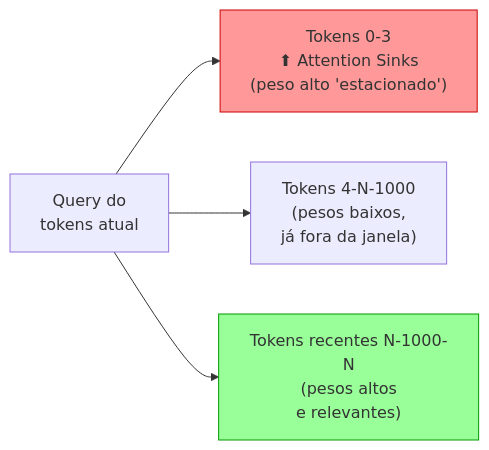
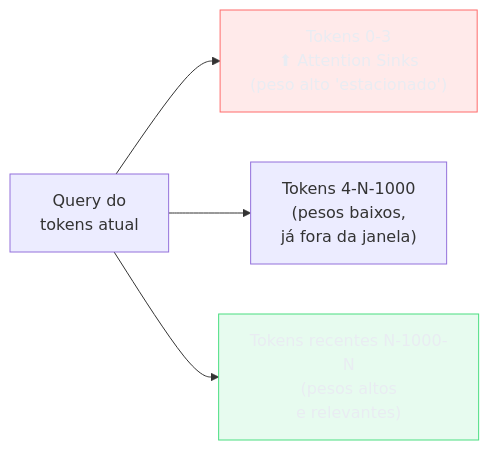
Before and after one commit to josenaldo/codex-technomanticus: the first of 5 diagrams in 03-Dominios/Tecnologia/IA/Anatomia dos LLMs/04c - Atenção eficiente — FlashAttention, sparse e híbrida.md, drawn with Mermaid. The commit also changed other lines of this file and 1181 other files, not shown here.

First line of the commit message:
fix(diagramas): paleta do sistema no lugar de cor cravada no markdown

````diff
--- a/03-Dominios/Tecnologia/IA/Anatomia dos LLMs/04c - Atenção eficiente — FlashAttention, sparse e híbrida.md
+++ b/03-Dominios/Tecnologia/IA/Anatomia dos LLMs/04c - Atenção eficiente — FlashAttention, sparse e híbrida.md
@@ -53,8 +53,10 @@
 ```mermaid
 graph LR
+    classDef falha fill:#FF6B6B24,stroke:#FF6B6B,color:#E9ECF2
+    classDef ok fill:#4ADE8021,stroke:#4ADE80,color:#E9ECF2
     Q["Query do\ntokens atual"] --> T0["Tokens 0-3\n⬆ Attention Sinks\n(peso alto 'estacionado')"]
     Q --> TM["Tokens 4-N-1000\n(pesos baixos,\njá fora da janela)"]
     Q --> TR["Tokens recentes N-1000-N\n(pesos altos\ne relevantes)"]
-    style T0 fill:#ff9999,stroke:#cc0000
-    style TR fill:#99ff99,stroke:#009900
+    class T0 falha
+    class TR ok
 ```
````
